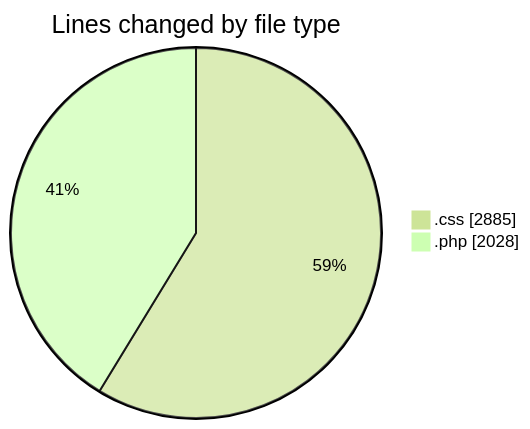
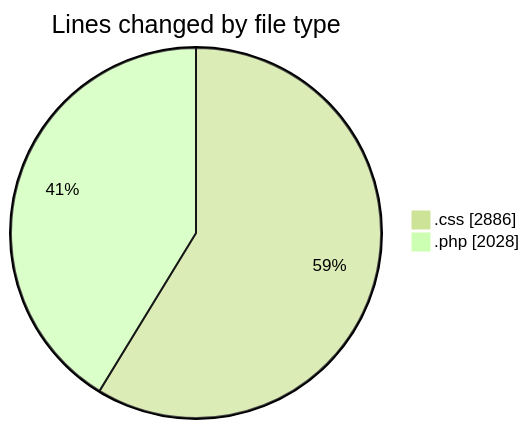
Before and after one commit to debugP/code-tracking: the first of 2 diagrams in 2026-03-17/plugins__workspace_/README.md, drawn with Mermaid (forest theme). The commit also changed other lines of this file and 1 other file, not shown here.

````diff
--- a/2026-03-17/plugins__workspace_/README.md
+++ b/2026-03-17/plugins__workspace_/README.md
@@ -21,6 +21,6 @@
 ```mermaid
 pie showData
 title Lines changed by file type
-".css" : 2885
+".css" : 2886
 ".php" : 2028
 ```
````
